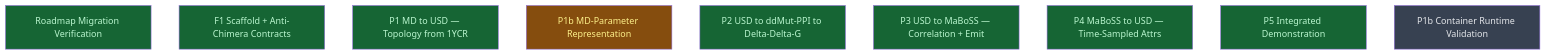
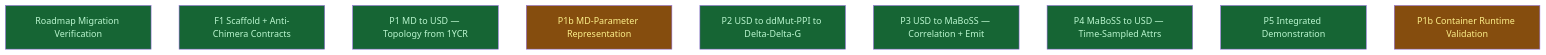
The diagram in __roadmap__/p53-mdm2-v2/README.md (LittleCoinCoin/usd-bio), drawn with Mermaid before and after one commit. The commit also changed other lines of this file and 8 other files, not shown here.

````diff
--- a/__roadmap__/p53-mdm2-v2/README.md
+++ b/__roadmap__/p53-mdm2-v2/README.md
@@ -45,17 +45,17 @@
 ```mermaid
 graph TD
     migration_verification[Roadmap Migration Verification]:::done
     f1_scaffold[F1 Scaffold + Anti-Chimera Contracts]:::done
     p1_topology_from_1ycr[P1 MD to USD — Topology from 1YCR]:::done
     p1b_md_parameter_representation[P1b MD-Parameter Representation]:::inprogress
     p2_ddg_pipeline[P2 USD to ddMut-PPI to Delta-Delta-G]:::done
     p3_maboss_emit[P3 USD to MaBoSS — Correlation + Emit]:::done
     p4_maboss_readback[P4 MaBoSS to USD — Time-Sampled Attrs]:::done
     p5_integrated_demo[P5 Integrated Demonstration]:::done
-    p1b_container_runtime[P1b Container Runtime Validation]:::planned
+    p1b_container_runtime[P1b Container Runtime Validation]:::inprogress
     classDef done       fill:#166534,color:#bbf7d0
     classDef inprogress fill:#854d0e,color:#fef08a
     classDef planned    fill:#374151,color:#e5e7eb
     classDef amendment  fill:#1e3a5f,color:#bfdbfe
     classDef blocked    fill:#7f1d1d,color:#fecaca
 ```
````
